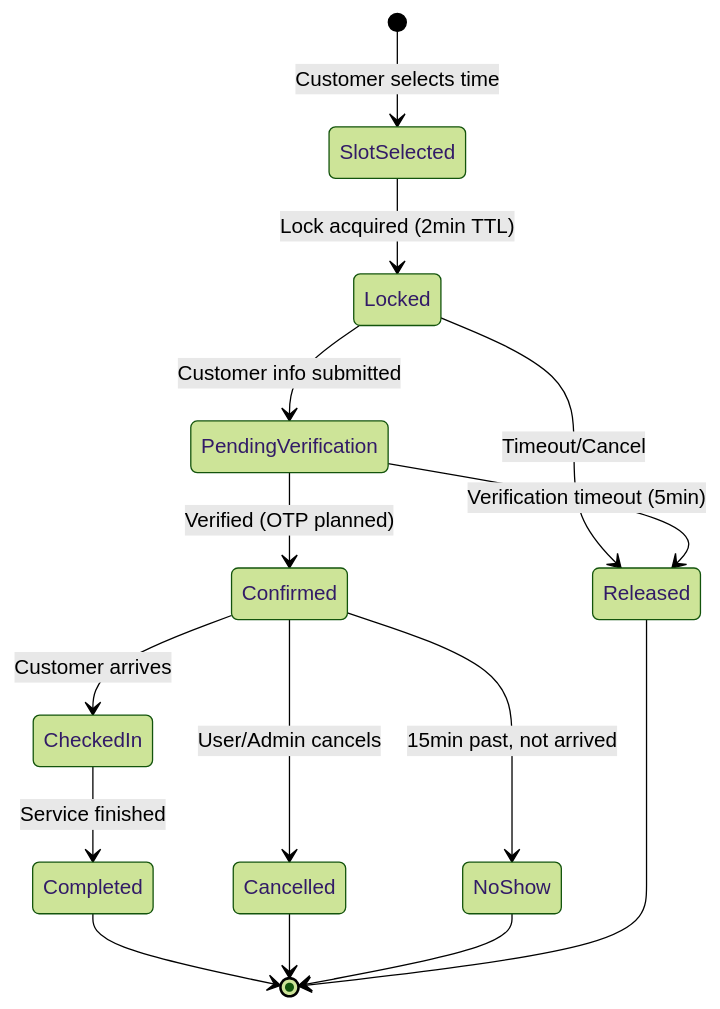
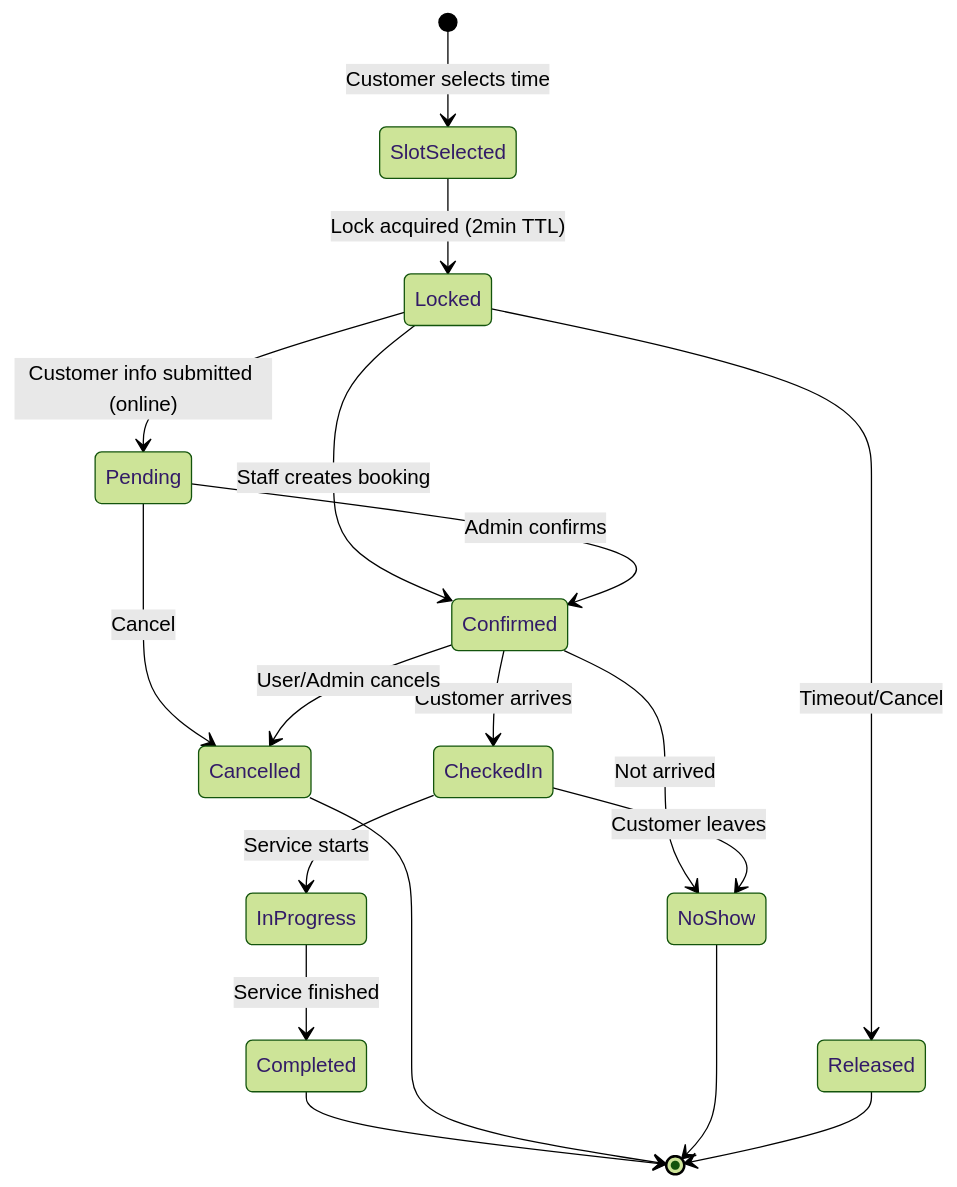
The first of 6 diagrams in docs/prd/features.md (UnderprotectionDev/salon-management-saas), drawn with Mermaid (forest theme) before and after one commit. The commit also changed other lines of this file and 64 other files, not shown here.

````diff
--- a/docs/prd/features.md
+++ b/docs/prd/features.md
@@ -335,17 +341,20 @@
 ```mermaid
 stateDiagram-v2
     [*] --> SlotSelected: Customer selects time
     SlotSelected --> Locked: Lock acquired (2min TTL)
     Locked --> Released: Timeout/Cancel
-    Locked --> PendingVerification: Customer info submitted
-    PendingVerification --> Confirmed: Verified (OTP planned)
-    PendingVerification --> Released: Verification timeout (5min)
+    Locked --> Pending: Customer info submitted (online)
+    Locked --> Confirmed: Staff creates booking
+    Pending --> Confirmed: Admin confirms
+    Pending --> Cancelled: Cancel
     Confirmed --> CheckedIn: Customer arrives
     Confirmed --> Cancelled: User/Admin cancels
-    Confirmed --> NoShow: 15min past, not arrived
-    CheckedIn --> Completed: Service finished
+    Confirmed --> NoShow: Not arrived
+    CheckedIn --> InProgress: Service starts
+    CheckedIn --> NoShow: Customer leaves
+    InProgress --> Completed: Service finished
     Completed --> [*]
     Cancelled --> [*]
     NoShow --> [*]
     Released --> [*]
 ```
````
